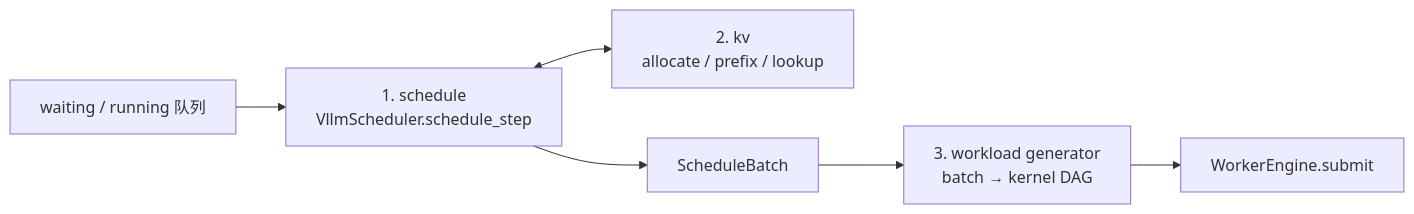
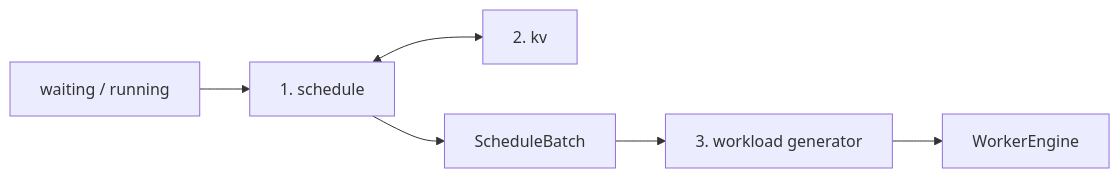
Before and after one commit to james-plur/HybridSim: the second of 2 diagrams in docs/architecture.md, drawn with Mermaid. The commit also changed other lines of this file and 12 other files, not shown here.

````diff
--- a/docs/architecture.md
+++ b/docs/architecture.md
@@ -94,8 +94,8 @@
 ```mermaid
 flowchart LR
-  Q["waiting / running 队列"] --> S["1. schedule<br/>VllmScheduler.schedule_step"]
-  S <--> K["2. kv<br/>allocate / prefix / lookup"]
+  Q["waiting / running"] --> S["1. schedule"]
+  S <--> K["2. kv"]
   S --> B["ScheduleBatch"]
-  B --> W["3. workload generator<br/>batch → kernel DAG"]
-  W --> E["WorkerEngine.submit"]
+  B --> W["3. workload generator"]
+  W --> E["WorkerEngine"]
 ```
````
